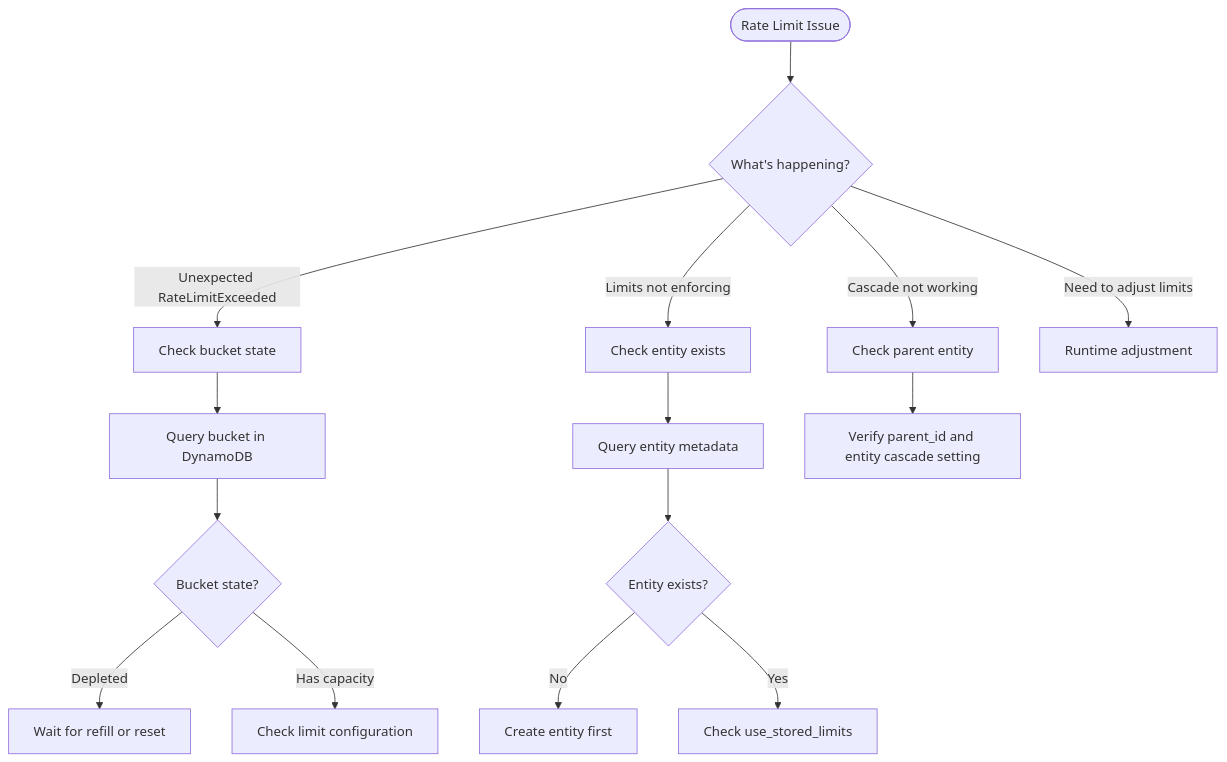
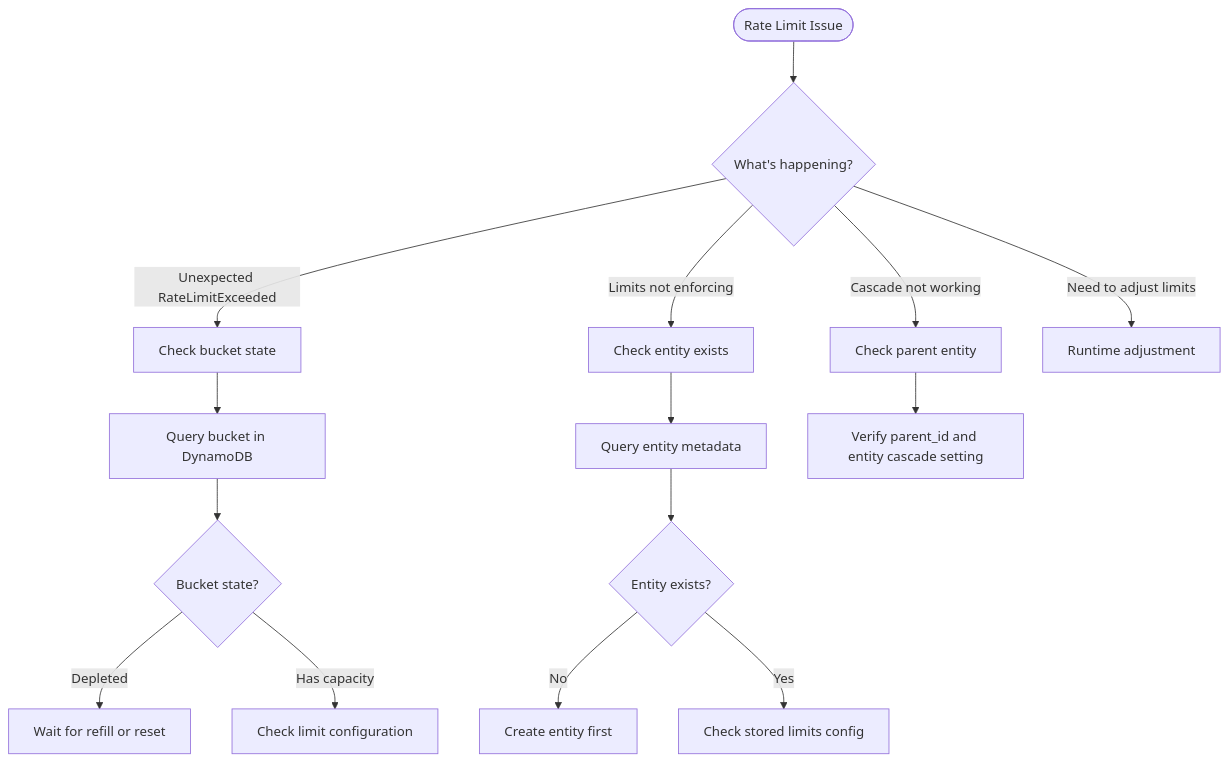
Before and after one commit to zeroae/zae-limiter: the diagram in docs/operations/rate-limits.md, drawn with Mermaid. The commit also changed other lines of this file and 11 other files, not shown here.

````diff
--- a/docs/operations/rate-limits.md
+++ b/docs/operations/rate-limits.md
@@ -7,28 +7,28 @@
 ```mermaid
 flowchart TD
     START([Rate Limit Issue]) --> Q1{What's happening?}
 
     Q1 -->|Unexpected RateLimitExceeded| A1[Check bucket state]
     Q1 -->|Limits not enforcing| A2[Check entity exists]
     Q1 -->|Cascade not working| A3[Check parent entity]
     Q1 -->|Need to adjust limits| A4[Runtime adjustment]
 
     A1 --> CHECK1[Query bucket in DynamoDB]
     A2 --> CHECK2[Query entity metadata]
     A3 --> CHECK3[Verify parent_id and entity cascade setting]
 
     CHECK1 --> FIX1{Bucket state?}
     FIX1 -->|Depleted| WAIT[Wait for refill or reset]
     FIX1 -->|Has capacity| CONFIG[Check limit configuration]
 
     CHECK2 --> FIX2{Entity exists?}
     FIX2 -->|No| CREATE[Create entity first]
-    FIX2 -->|Yes| LIMITS[Check use_stored_limits]
+    FIX2 -->|Yes| LIMITS[Check stored limits config]
 
     click A1 "#unexpected-ratelimitexceeded" "Diagnose unexpected limits"
     click A2 "#limits-not-enforcing" "Check entity setup"
     click A3 "#cascade-not-working" "Check parent setup"
     click A4 "#adjust-limits-at-runtime" "Adjust limits"
     click WAIT "#reset-bucket-state" "Reset bucket"
     click CHECK1 "#debug-bucket-state" "Query bucket state"
 ```
````
